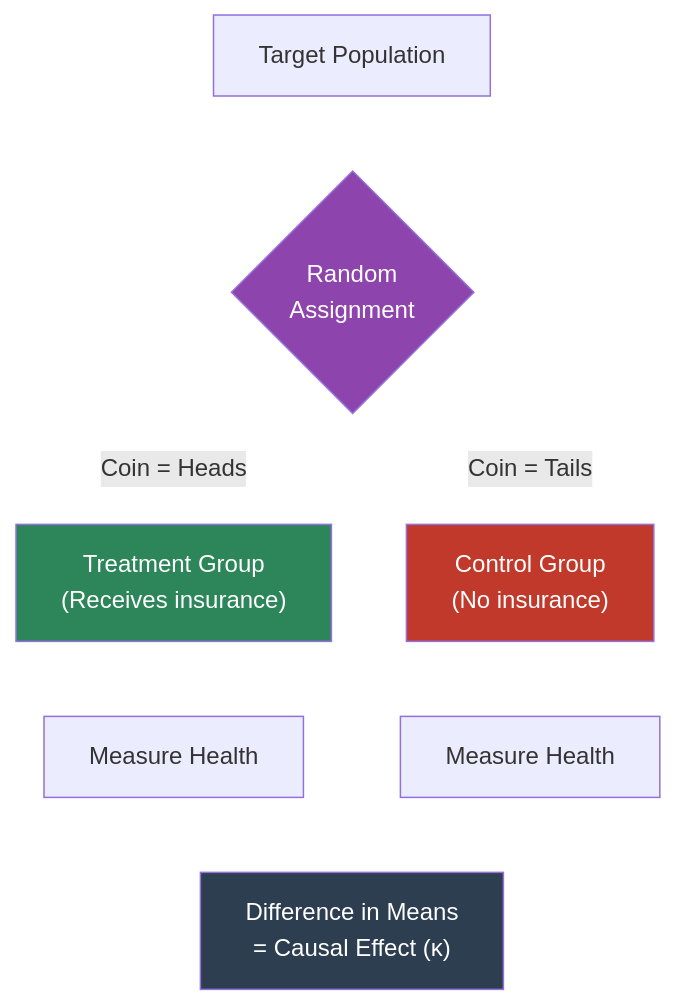
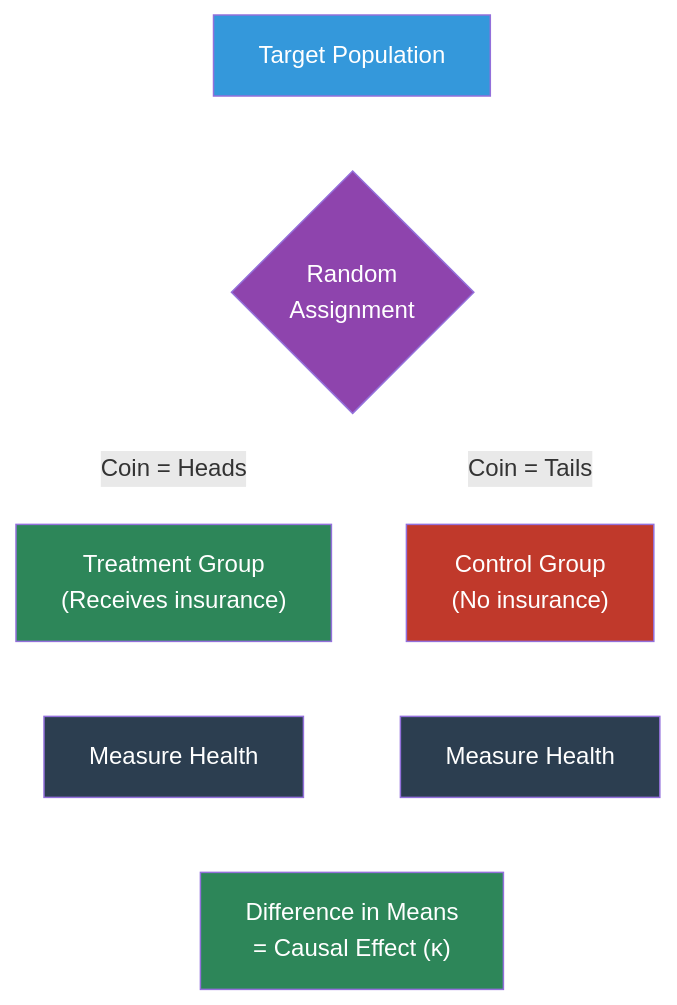
Before and after one commit to cmg777/intro2causal: the fourth of 6 diagrams in book/notebooks_quarto/01-randomized-trials.qmd, drawn with Mermaid. The commit also changed other lines of this file and 5 other files, not shown here.

Commit message:
Add missing node styles and explanatory paragraphs to all mermaid diagrams

````diff
--- a/book/notebooks_quarto/01-randomized-trials.qmd
+++ b/book/notebooks_quarto/01-randomized-trials.qmd
@@ -261,19 +263,22 @@
 ```{mermaid}
 %%| label: fig-rct-design
 %%| fig-cap: "In an RCT, random assignment ensures the two groups are comparable. Any difference in outcomes must be caused by the treatment."
 
 graph TD
     P["Target Population"] --> R{"Random<br/>Assignment"}
     R -->|"Coin = Heads"| T["Treatment Group<br/>(Receives insurance)"]
     R -->|"Coin = Tails"| C["Control Group<br/>(No insurance)"]
     T --> OT["Measure Health"]
     C --> OC["Measure Health"]
     OT --> D["Difference in Means<br/>= Causal Effect (κ)"]
     OC --> D
 
+    style P fill:#3498db,color:#fff
     style R fill:#8e44ad,color:#fff
     style T fill:#2d8659,color:#fff
     style C fill:#c0392b,color:#fff
-    style D fill:#2c3e50,color:#fff
+    style OT fill:#2c3e50,color:#fff
+    style OC fill:#2c3e50,color:#fff
+    style D fill:#2d8659,color:#fff
     linkStyle default stroke:#fff,stroke-width:2px
 ```
````
